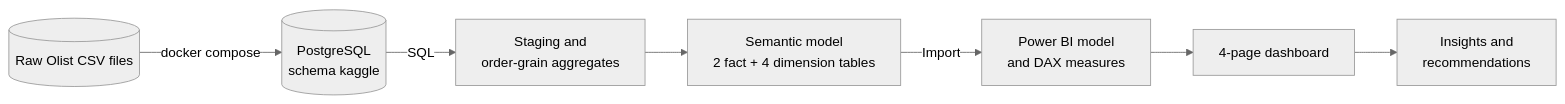
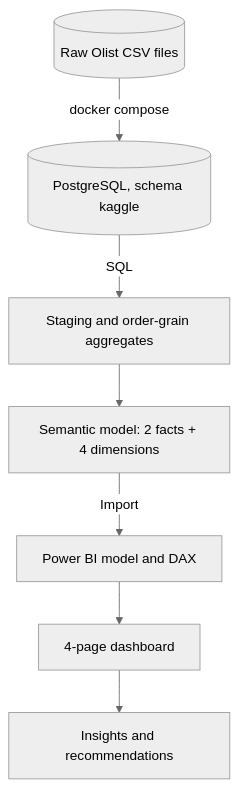
Before and after one commit to theoverseeer/asb-cs4-olist-dashboard: the first of 2 diagrams in README.md, drawn with Mermaid (neutral theme).

Commit message:
Make pipeline diagram vertical for readability

````diff
--- a/README.md
+++ b/README.md
@@ -20,9 +20,9 @@
-```mermaid
-flowchart LR
-    A[("Raw Olist CSV files")] -->|docker compose| B[("PostgreSQL<br/>schema kaggle")]
-    B -->|SQL| C["Staging and<br/>order-grain aggregates"]
-    C --> D["Semantic model<br/>2 fact + 4 dimension tables"]
-    D -->|Import| E["Power BI model<br/>and DAX measures"]
-    E --> F["4-page dashboard"]
-    F --> G["Insights and<br/>recommendations"]
-```
+  ```mermaid
+  flowchart TD
+      A[("Raw Olist CSV files")] -->|docker compose| B[("PostgreSQL, schema kaggle")]
+      B -->|SQL| C["Staging and order-grain aggregates"]
+      C --> D["Semantic model: 2 facts + 4 dimensions"]
+      D -->|Import| E["Power BI model and DAX"]
+      E --> F["4-page dashboard"]
+      F --> G["Insights and recommendations"]
+  ```
````
